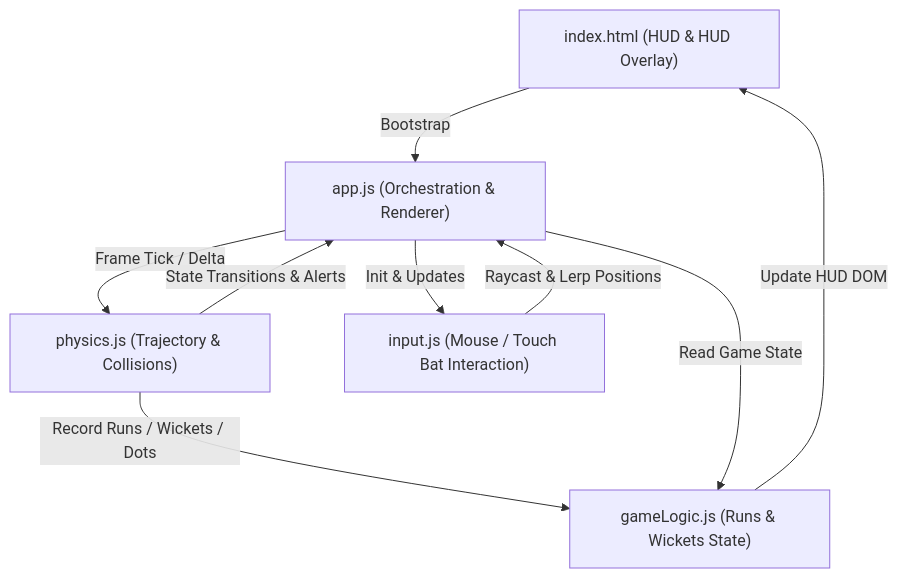
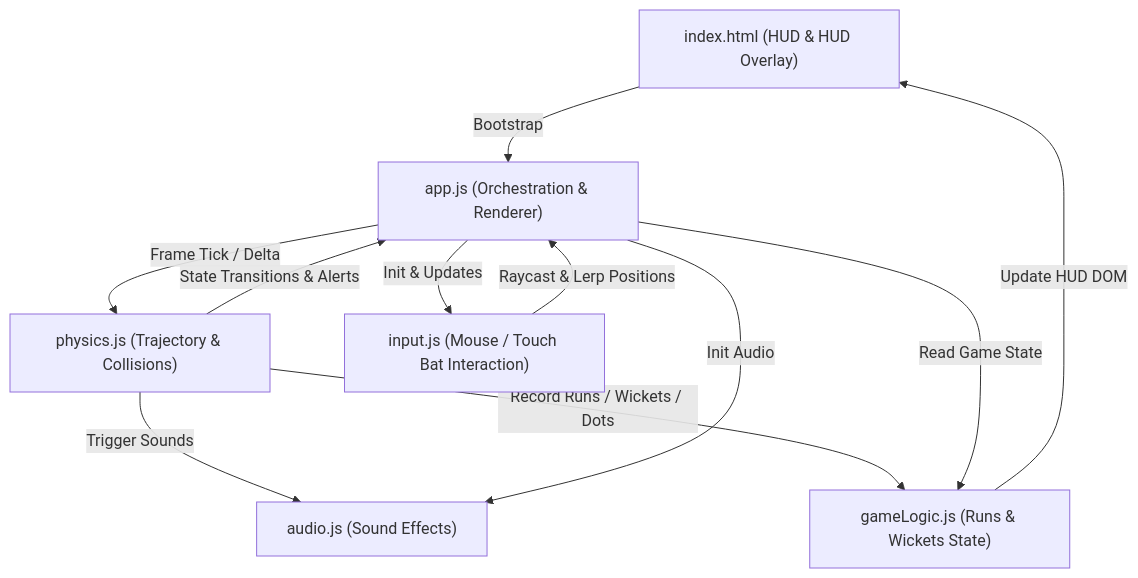
One commit to kurmaraopalli/3D-Cricket-Game changed the diagram in README.md. Above: the diagram before and after it, drawn with Mermaid. The commit also changed other lines of this file, not shown here.

Commit message:
Update README with new features: sky, audio, watermark, and mobile compatibility

````diff
--- a/README.md
+++ b/README.md
@@ -28,19 +35,22 @@
 ```mermaid
 graph TD
     %% Nodes
     IndexHTML["index.html (HUD & HUD Overlay)"]
     AppJS["app.js (Orchestration & Renderer)"]
     PhysicsJS["physics.js (Trajectory & Collisions)"]
     GameLogicJS["gameLogic.js (Runs & Wickets State)"]
     InputJS["input.js (Mouse / Touch Bat Interaction)"]
+    AudioJS["audio.js (Sound Effects)"]
 
     %% Flow
     IndexHTML -->|Bootstrap| AppJS
     AppJS -->|Init & Updates| InputJS
     AppJS -->|Frame Tick / Delta| PhysicsJS
     InputJS -->|Raycast & Lerp Positions| AppJS
     PhysicsJS -->|State Transitions & Alerts| AppJS
+    PhysicsJS -->|Trigger Sounds| AudioJS
     PhysicsJS -->|Record Runs / Wickets / Dots| GameLogicJS
     GameLogicJS -->|Update HUD DOM| IndexHTML
     AppJS -->|Read Game State| GameLogicJS
+    AppJS -->|Init Audio| AudioJS
 ```
````
